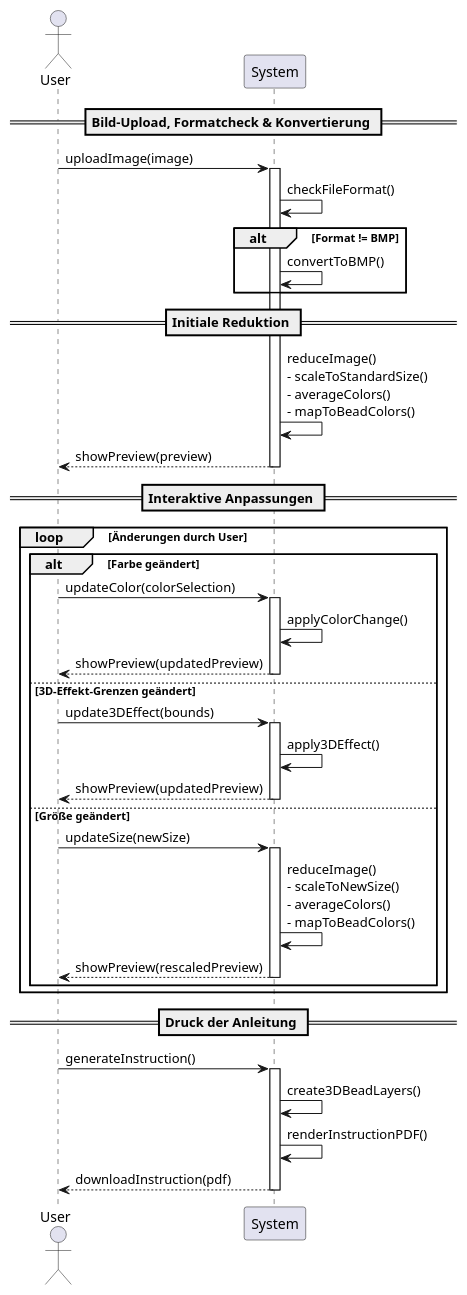
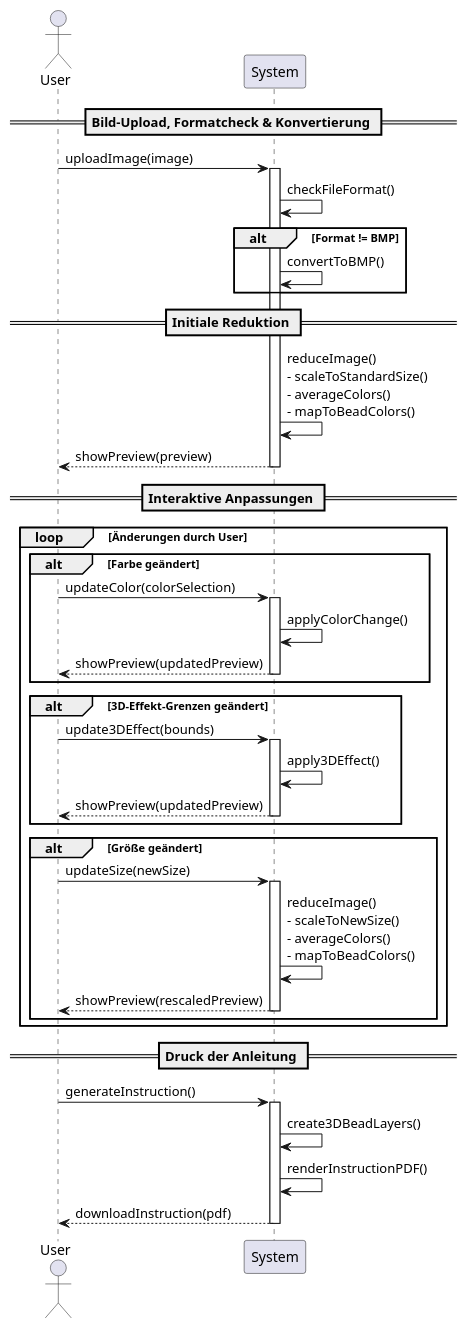
One commit to Karma-chocolate/SWE-Labor changed the diagram in System-Sequenz-Diagramm.puml. Above: the diagram before and after it, drawn with PlantUML.

```diff
--- a/System-Sequenz-Diagramm.puml
+++ b/System-Sequenz-Diagramm.puml
@@ -1,55 +1,57 @@
 @startuml
 actor User
 participant System
 
 == Bild-Upload, Formatcheck & Konvertierung ==
 
 User -> System: uploadImage(image)
 activate System
 System -> System: checkFileFormat()
 alt Format != BMP
     System -> System: convertToBMP()
 end
 
 == Initiale Reduktion ==
 
 System -> System: reduceImage()\n- scaleToStandardSize()\n- averageColors()\n- mapToBeadColors()
 System --> User: showPreview(preview)
 deactivate System
 
 == Interaktive Anpassungen ==
 
 loop Änderungen durch User
     alt Farbe geändert
         User -> System: updateColor(colorSelection)
         activate System
         System -> System: applyColorChange()
         System --> User: showPreview(updatedPreview)
         deactivate System
+    end
 
-    else 3D-Effekt-Grenzen geändert
+    alt 3D-Effekt-Grenzen geändert
         User -> System: update3DEffect(bounds)
         activate System
         System -> System: apply3DEffect()
         System --> User: showPreview(updatedPreview)
         deactivate System
+    end
 
-    else Größe geändert
+    alt Größe geändert
         User -> System: updateSize(newSize)
         activate System
         System -> System: reduceImage()\n- scaleToNewSize()\n- averageColors()\n- mapToBeadColors()
         System --> User: showPreview(rescaledPreview)
         deactivate System
     end
 end
 
 == Druck der Anleitung ==
 
 User -> System: generateInstruction()
 activate System
 System -> System: create3DBeadLayers()
 System -> System: renderInstructionPDF()
 System --> User: downloadInstruction(pdf)
 deactivate System
 
 @enduml
```
